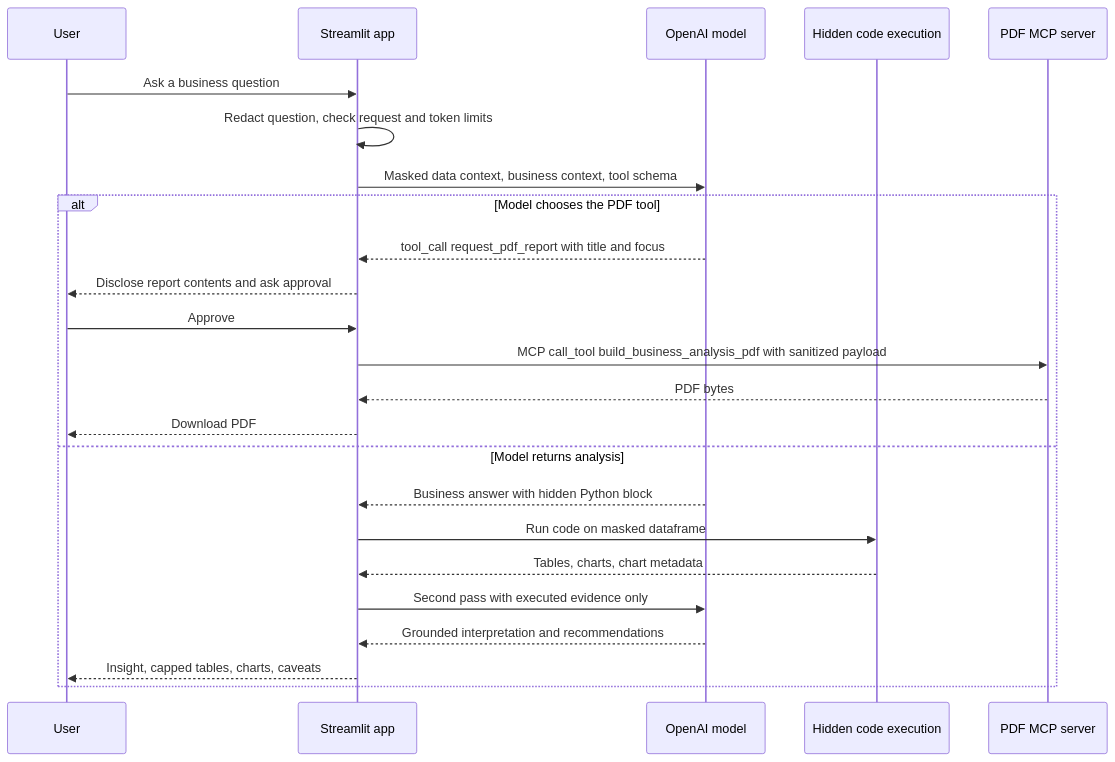
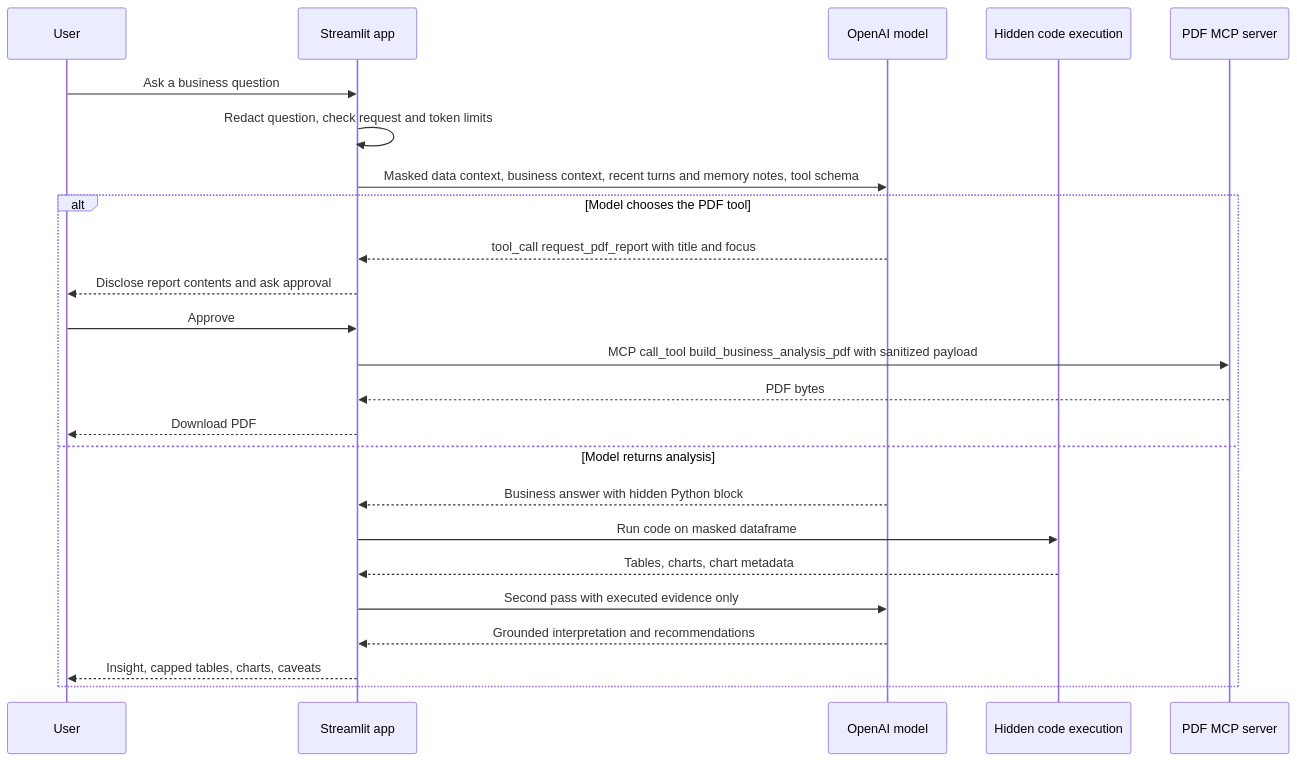
Before and after one commit to Shotza247/Data-Analytics-AI-Assistant: the third of 3 diagrams in README.md, drawn with Mermaid. The commit also changed other lines of this file and 1 other file, not shown here.

First line of the commit message:
Update README and bug audit for memory, privacy overrides and setup

````diff
--- a/README.md
+++ b/README.md
@@ -101,27 +101,27 @@
 ```mermaid
 sequenceDiagram
     participant U as User
     participant A as Streamlit app
     participant O as OpenAI model
     participant X as Hidden code execution
     participant M as PDF MCP server
 
     U->>A: Ask a business question
     A->>A: Redact question, check request and token limits
-    A->>O: Masked data context, business context, tool schema
+    A->>O: Masked data context, business context, recent turns and memory notes, tool schema
     alt Model chooses the PDF tool
         O-->>A: tool_call request_pdf_report with title and focus
         A-->>U: Disclose report contents and ask approval
         U->>A: Approve
         A->>M: MCP call_tool build_business_analysis_pdf with sanitized payload
         M-->>A: PDF bytes
         A-->>U: Download PDF
     else Model returns analysis
         O-->>A: Business answer with hidden Python block
         A->>X: Run code on masked dataframe
         X-->>A: Tables, charts, chart metadata
         A->>O: Second pass with executed evidence only
         O-->>A: Grounded interpretation and recommendations
         A-->>U: Insight, capped tables, charts, caveats
     end
 ```
````
